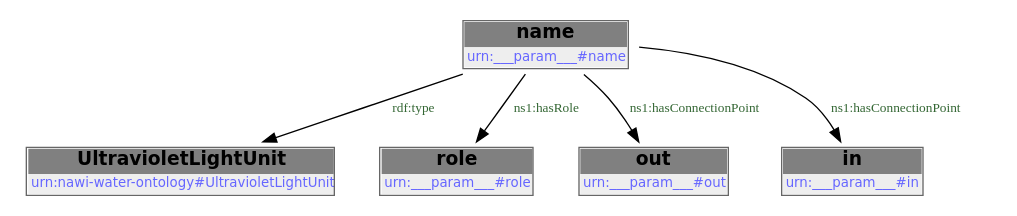
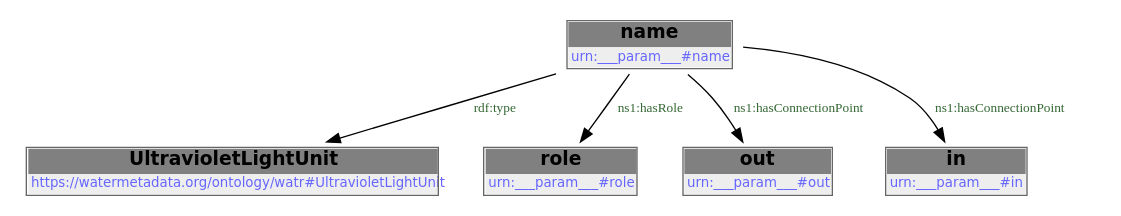
Before and after one commit to DataDrivenCPS/water-ontology: the first of 2 diagrams in docs/libraries/templates/uv-reactor.rst, drawn with Graphviz. The commit also changed other lines of this file and 43 other files, not shown here.

First line of the commit message:
feat: move ontology to https://watermetadata.org base URI

```diff
--- a/docs/libraries/templates/uv-reactor.rst
+++ b/docs/libraries/templates/uv-reactor.rst
@@ -78,14 +78,14 @@
         .. graphviz::
 
                 digraph G {
             node [fontname="DejaVu Sans"];
             node0 -> node1 [color=BLACK, label=< <font point-size='10' color='#336633'>rdf:type</font> >];
             node0 -> node2 [color=BLACK, label=< <font point-size='10' color='#336633'>ns1:hasRole</font> >];
             node0 -> node3 [color=BLACK, label=< <font point-size='10' color='#336633'>ns1:hasConnectionPoint</font> >];
             node0 -> node4 [color=BLACK, label=< <font point-size='10' color='#336633'>ns1:hasConnectionPoint</font> >];
             node0 [shape=none, color=black, label=< <table color='#666666' cellborder='0' cellspacing='0' border='1'><tr><td colspan='2' bgcolor='grey'><B>name</B></td></tr><tr><td href='urn:___param___#name' bgcolor='#eeeeee' colspan='2'><font point-size='10' color='#6666ff'>urn:___param___#name</font></td></tr></table> >];
-            node1 [shape=none, color=black, label=< <table color='#666666' cellborder='0' cellspacing='0' border='1'><tr><td colspan='2' bgcolor='grey'><B>UltravioletLightUnit</B></td></tr><tr><td href='urn:nawi-water-ontology#UltravioletLightUnit' bgcolor='#eeeeee' colspan='2'><font point-size='10' color='#6666ff'>urn:nawi-water-ontology#UltravioletLightUnit</font></td></tr></table> >];
+            node1 [shape=none, color=black, label=< <table color='#666666' cellborder='0' cellspacing='0' border='1'><tr><td colspan='2' bgcolor='grey'><B>UltravioletLightUnit</B></td></tr><tr><td href='https://watermetadata.org/ontology/watr#UltravioletLightUnit' bgcolor='#eeeeee' colspan='2'><font point-size='10' color='#6666ff'>https://watermetadata.org/ontology/watr#UltravioletLightUnit</font></td></tr></table> >];
             node2 [shape=none, color=black, label=< <table color='#666666' cellborder='0' cellspacing='0' border='1'><tr><td colspan='2' bgcolor='grey'><B>role</B></td></tr><tr><td href='urn:___param___#role' bgcolor='#eeeeee' colspan='2'><font point-size='10' color='#6666ff'>urn:___param___#role</font></td></tr></table> >];
             node3 [shape=none, color=black, label=< <table color='#666666' cellborder='0' cellspacing='0' border='1'><tr><td colspan='2' bgcolor='grey'><B>out</B></td></tr><tr><td href='urn:___param___#out' bgcolor='#eeeeee' colspan='2'><font point-size='10' color='#6666ff'>urn:___param___#out</font></td></tr></table> >];
             node4 [shape=none, color=black, label=< <table color='#666666' cellborder='0' cellspacing='0' border='1'><tr><td colspan='2' bgcolor='grey'><B>in</B></td></tr><tr><td href='urn:___param___#in' bgcolor='#eeeeee' colspan='2'><font point-size='10' color='#6666ff'>urn:___param___#in</font></td></tr></table> >];
             }
```
